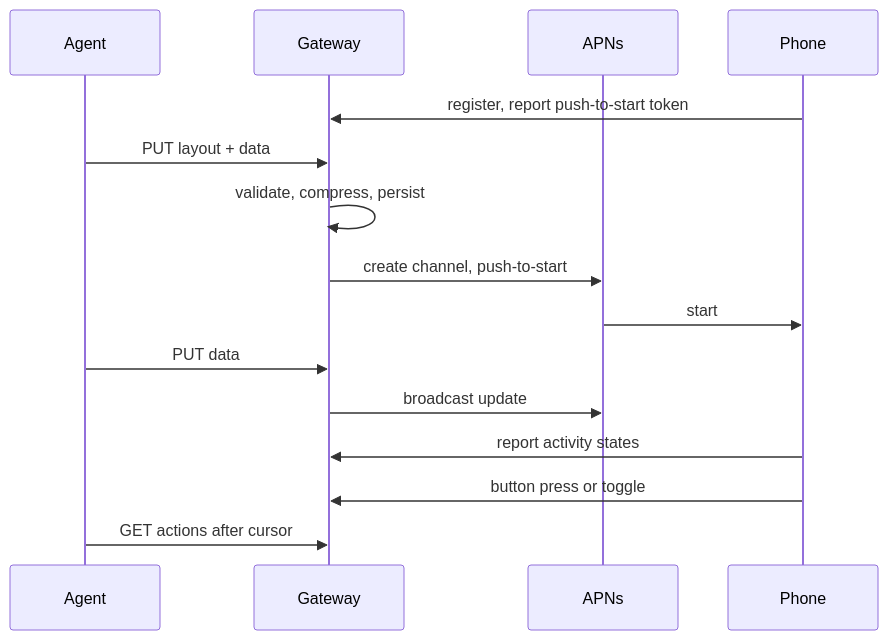
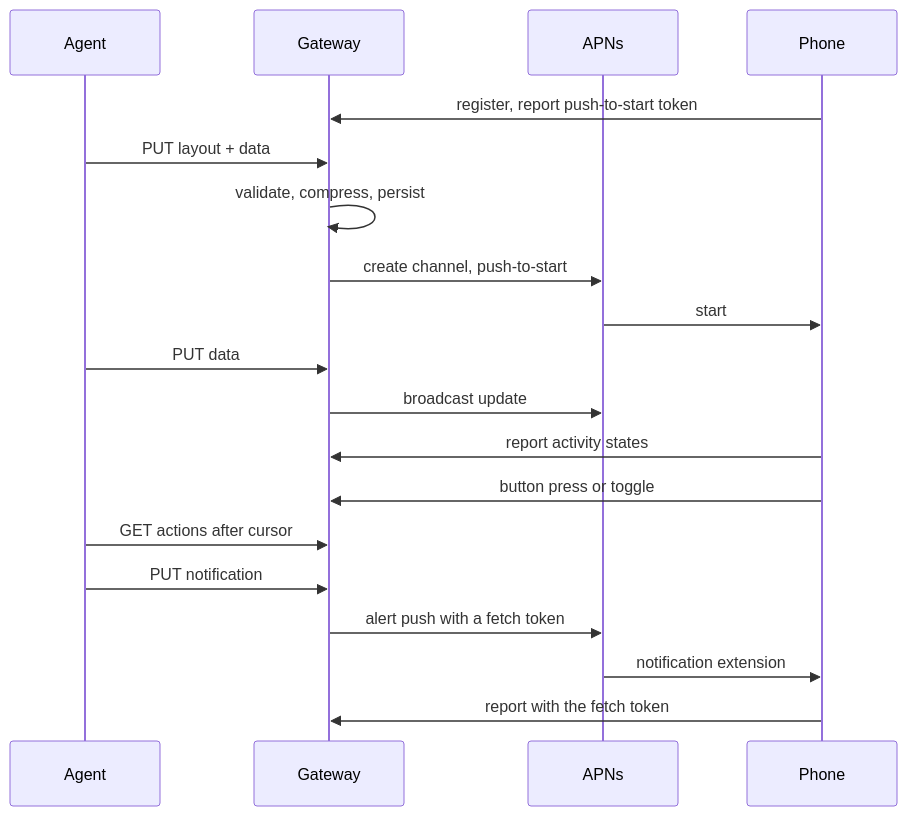
Before and after one commit to emileberhard/Lykta: the diagram in docs/architecture.md, drawn with Mermaid. The commit also changed other lines of this file and 41 other files, not shown here.

````diff
--- a/docs/architecture.md
+++ b/docs/architecture.md
@@ -16,17 +18,21 @@
 ```mermaid
 sequenceDiagram
     participant Agent
     participant Gateway
     participant APNs
     participant Phone
     Phone->>Gateway: register, report push-to-start token
     Agent->>Gateway: PUT layout + data
     Gateway->>Gateway: validate, compress, persist
     Gateway->>APNs: create channel, push-to-start
     APNs->>Phone: start
     Agent->>Gateway: PUT data
     Gateway->>APNs: broadcast update
     Phone->>Gateway: report activity states
     Phone->>Gateway: button press or toggle
     Agent->>Gateway: GET actions after cursor
+    Agent->>Gateway: PUT notification
+    Gateway->>APNs: alert push with a fetch token
+    APNs->>Phone: notification extension
+    Phone->>Gateway: report with the fetch token
 ```
````
